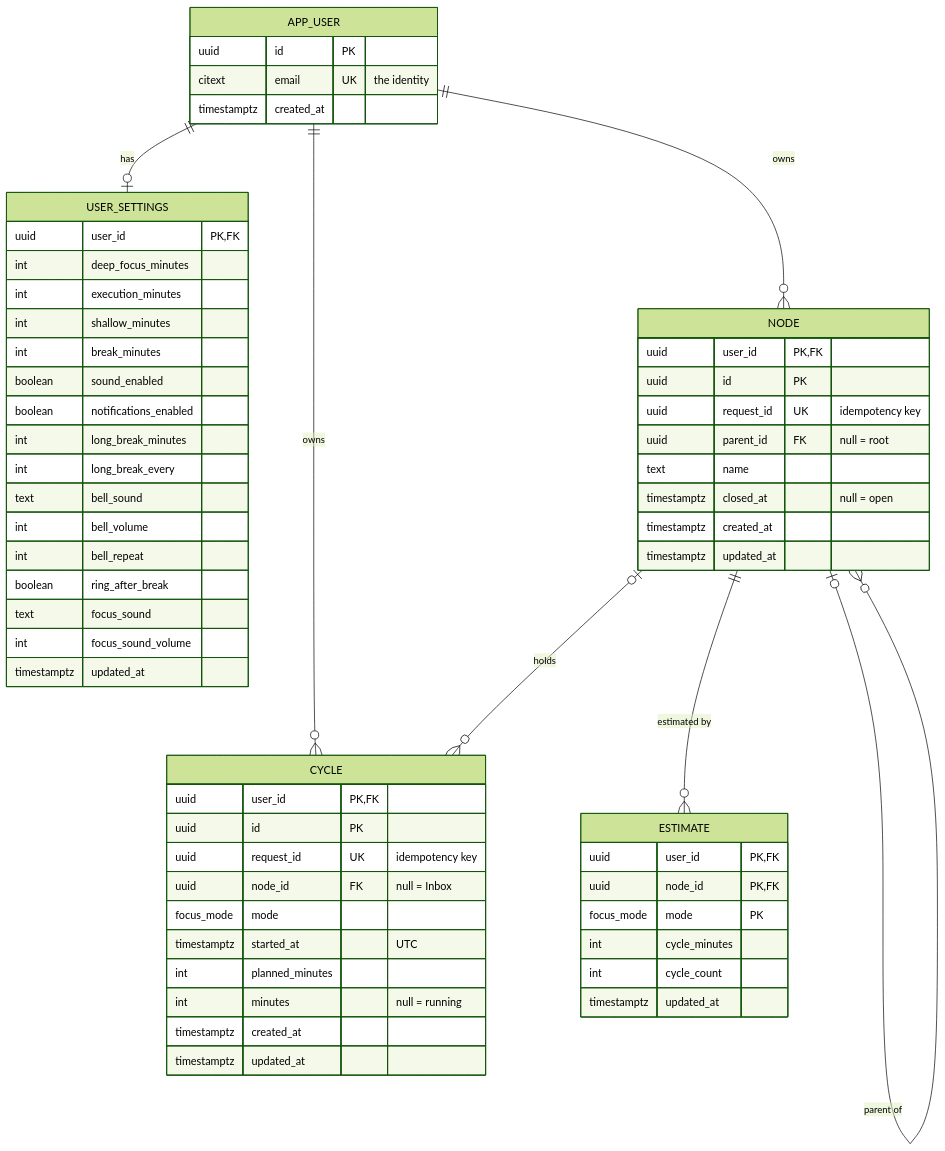
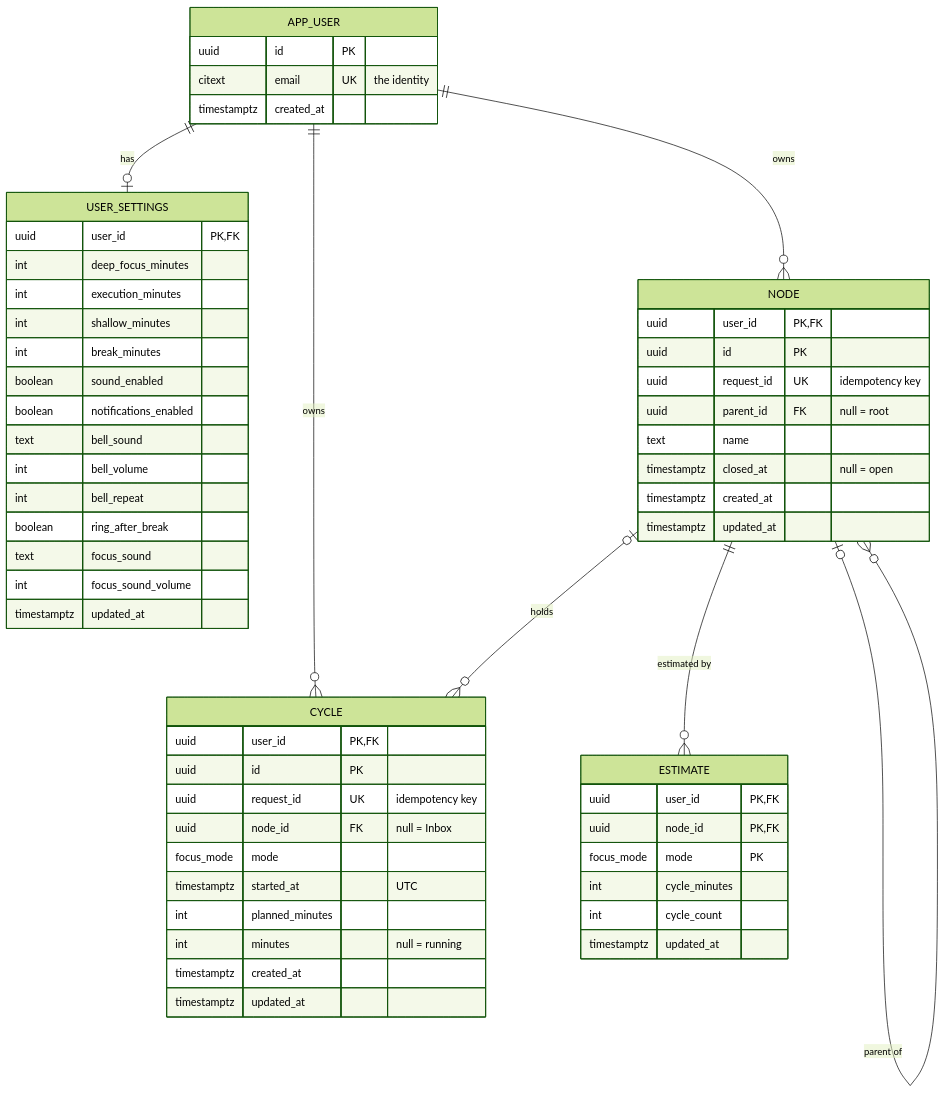
One commit to SaumyaKarnwal/focus-ledger changed the first of 2 diagrams in docs/schema.md. Above: the diagram before and after it, drawn with Mermaid (forest theme). The commit also changed other lines of this file and 4 other files, not shown here.

Commit message:
proposal: drop the long break columns and fields

````diff
--- a/docs/schema.md
+++ b/docs/schema.md
@@ -45,63 +45,61 @@
 ```mermaid
 erDiagram
     APP_USER ||--o| USER_SETTINGS : "has"
     APP_USER ||--o{ NODE : "owns"
     APP_USER ||--o{ CYCLE : "owns"
     NODE |o--o{ NODE : "parent of"
     NODE |o--o{ CYCLE : "holds"
     NODE ||--o{ ESTIMATE : "estimated by"
 
     APP_USER {
         uuid id PK
         citext email UK "the identity"
         timestamptz created_at
     }
     USER_SETTINGS {
         uuid user_id PK, FK
         int deep_focus_minutes
         int execution_minutes
         int shallow_minutes
         int break_minutes
         boolean sound_enabled
         boolean notifications_enabled
-        int long_break_minutes
-        int long_break_every
         text bell_sound
         int bell_volume
         int bell_repeat
         boolean ring_after_break
         text focus_sound
         int focus_sound_volume
         timestamptz updated_at
     }
     NODE {
         uuid user_id PK, FK
         uuid id PK
         uuid request_id UK "idempotency key"
         uuid parent_id FK "null = root"
         text name
         timestamptz closed_at "null = open"
         timestamptz created_at
         timestamptz updated_at
     }
     CYCLE {
         uuid user_id PK, FK
         uuid id PK
         uuid request_id UK "idempotency key"
         uuid node_id FK "null = Inbox"
         focus_mode mode
         timestamptz started_at "UTC"
         int planned_minutes
         int minutes "null = running"
         timestamptz created_at
         timestamptz updated_at
     }
     ESTIMATE {
         uuid user_id PK, FK
         uuid node_id PK, FK
         focus_mode mode PK
         int cycle_minutes
         int cycle_count
         timestamptz updated_at
     }
 ```
````
